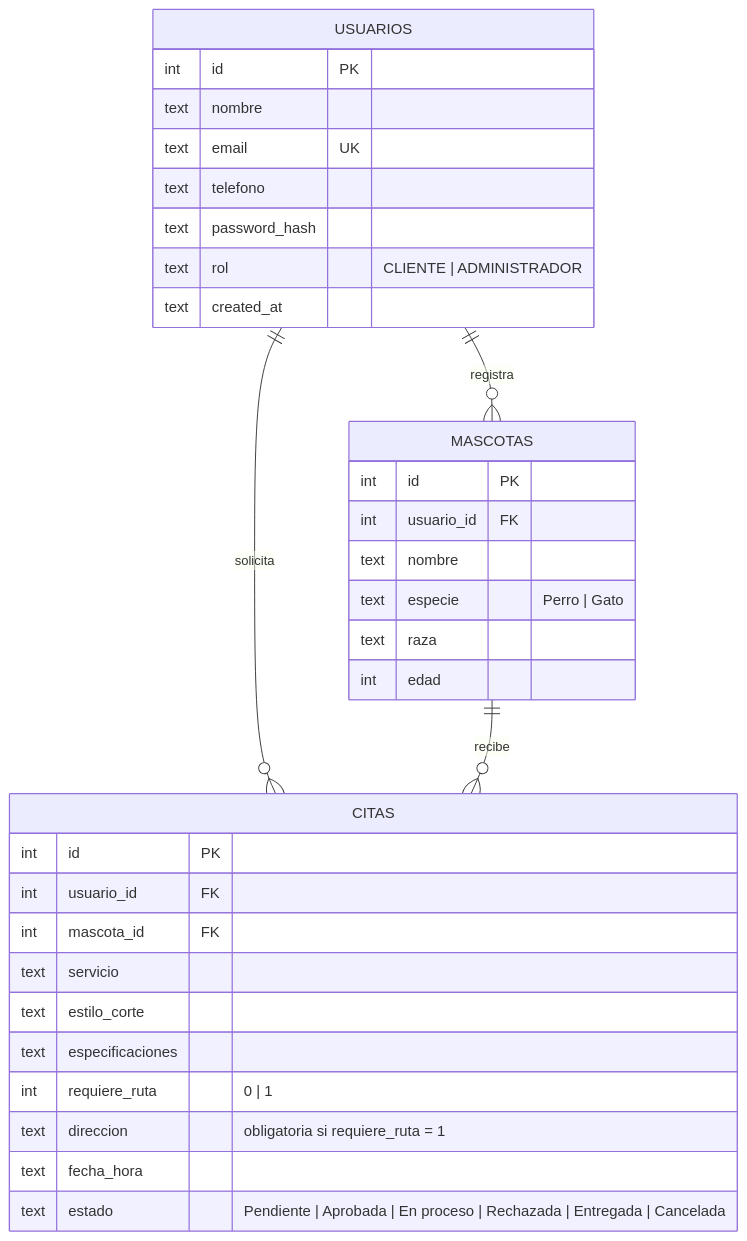
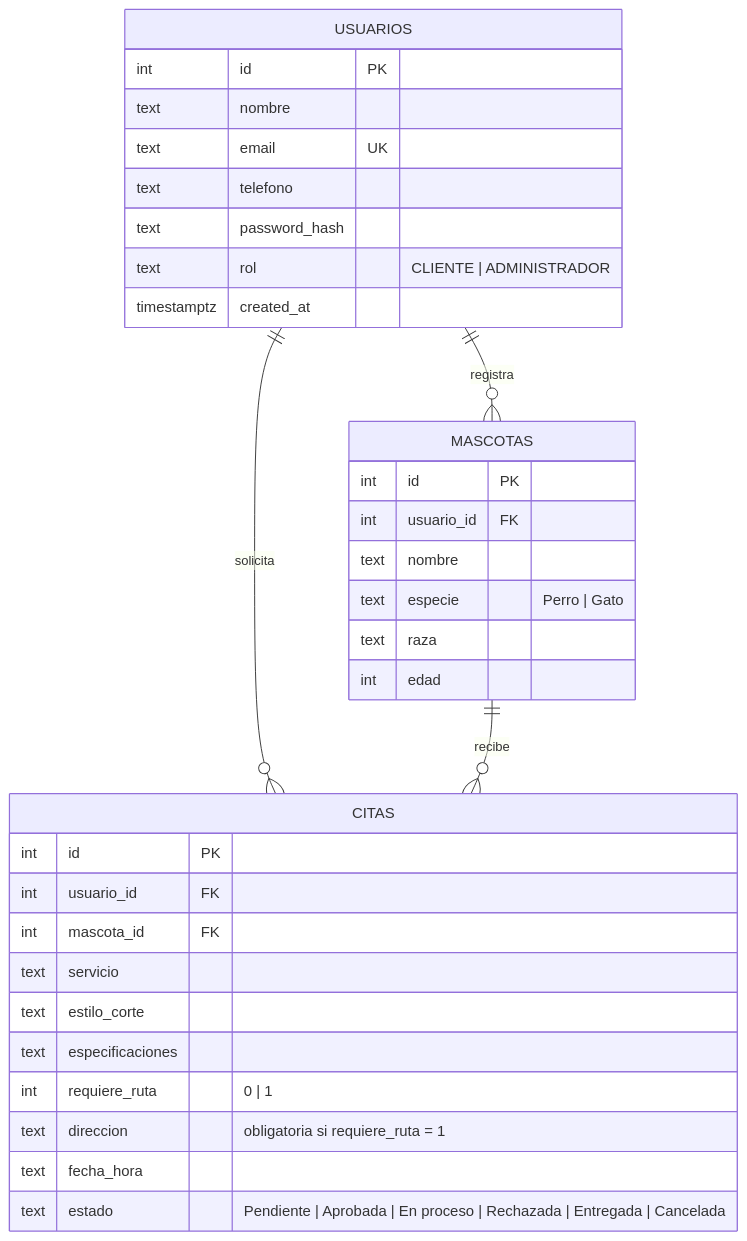
One commit to santiagoA07/petstyle changed the diagram in docs/modelo-datos.md. Above: the diagram before and after it, drawn with Mermaid. The commit also changed other lines of this file and 22 other files, not shown here.

````diff
--- a/docs/modelo-datos.md
+++ b/docs/modelo-datos.md
@@ -3,36 +3,36 @@
 ```mermaid
 erDiagram
     USUARIOS ||--o{ MASCOTAS : "registra"
     USUARIOS ||--o{ CITAS    : "solicita"
     MASCOTAS ||--o{ CITAS    : "recibe"
 
     USUARIOS {
         int id PK
         text nombre
         text email UK
         text telefono
         text password_hash
         text rol "CLIENTE | ADMINISTRADOR"
-        text created_at
+        timestamptz created_at
     }
     MASCOTAS {
         int id PK
         int usuario_id FK
         text nombre
         text especie "Perro | Gato"
         text raza
         int edad
     }
     CITAS {
         int id PK
         int usuario_id FK
         int mascota_id FK
         text servicio
         text estilo_corte
         text especificaciones
         int requiere_ruta "0 | 1"
         text direccion "obligatoria si requiere_ruta = 1"
         text fecha_hora
         text estado "Pendiente | Aprobada | En proceso | Rechazada | Entregada | Cancelada"
     }
 ```
````
